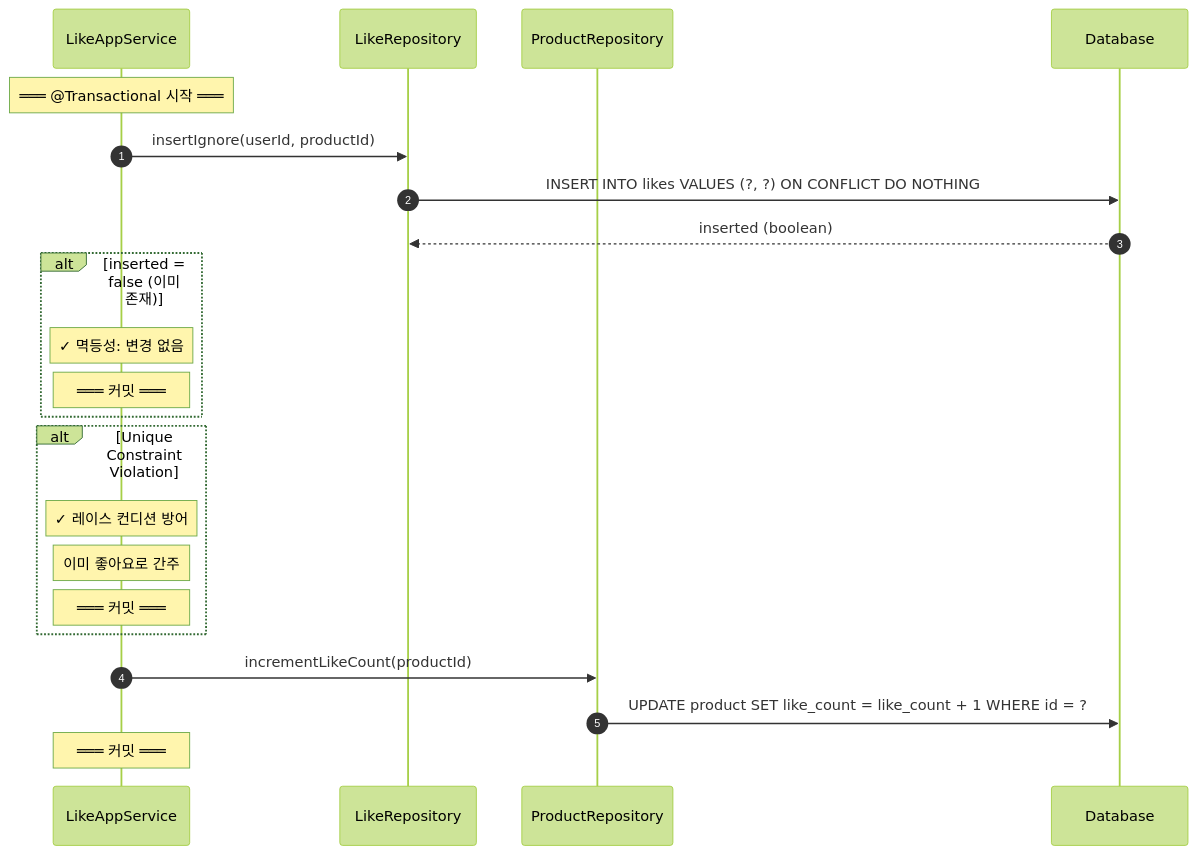
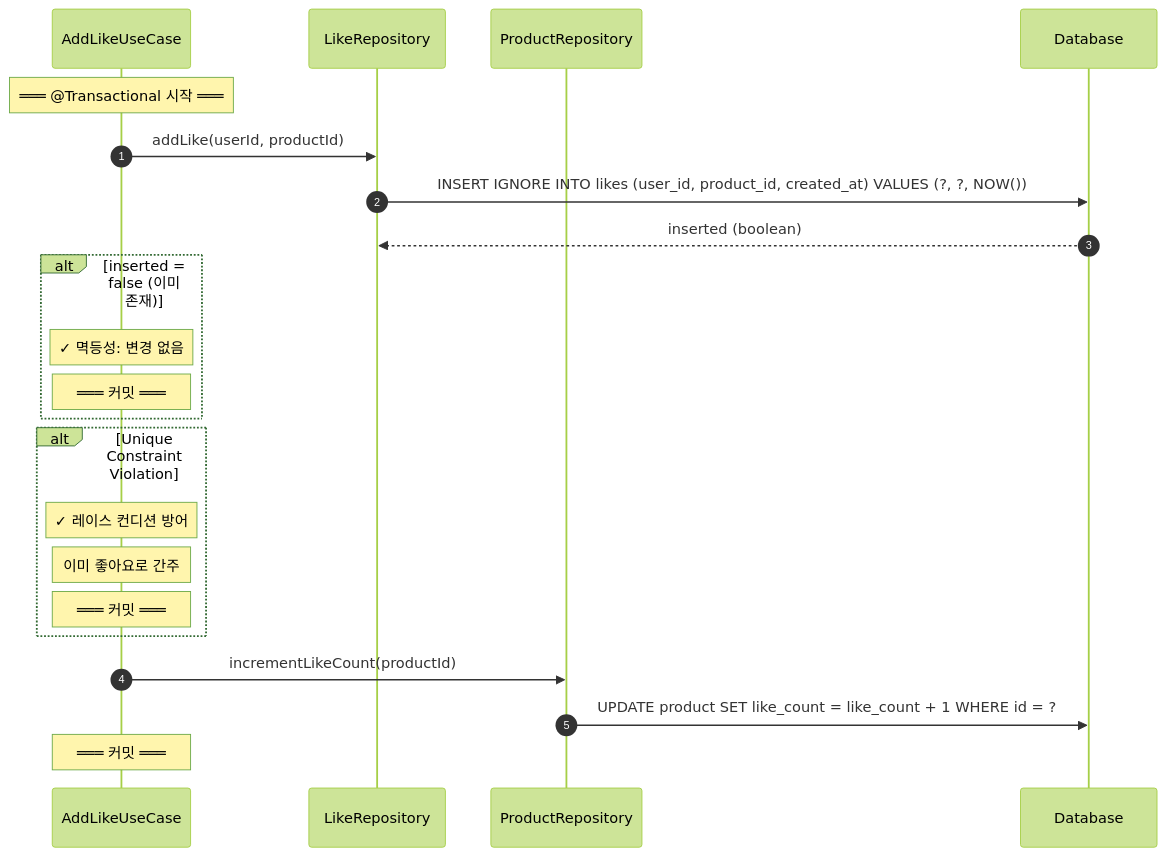
One commit to Loopers-dev-lab/loop-pack-be-l2-vol3-kotlin changed the second of 4 diagrams in docs/design/02-sequence-diagram-tech.md. Above: the diagram before and after it, drawn with Mermaid (forest theme). The commit also changed other lines of this file and 16 other files, not shown here.

````diff
--- a/docs/design/02-sequence-diagram-tech.md
+++ b/docs/design/02-sequence-diagram-tech.md
@@ -140,30 +143,30 @@
 ```mermaid
 sequenceDiagram
     autonumber
-    participant App as LikeAppService
+    participant App as AddLikeUseCase
     participant LikeRepo as LikeRepository
     participant ProdRepo as ProductRepository
     participant DB as Database
 
     Note over App: ═══ @Transactional 시작 ═══
 
-    App->>LikeRepo: insertIgnore(userId, productId)
-    LikeRepo->>DB: INSERT INTO likes VALUES (?, ?) ON CONFLICT DO NOTHING
+    App->>LikeRepo: addLike(userId, productId)
+    LikeRepo->>DB: INSERT IGNORE INTO likes (user_id, product_id, created_at) VALUES (?, ?, NOW())
     DB-->>LikeRepo: inserted (boolean)
 
     alt inserted = false (이미 존재)
         Note over App: ✓ 멱등성: 변경 없음
         Note over App: ═══ 커밋 ═══
     end
 
     alt Unique Constraint Violation
         Note over App: ✓ 레이스 컨디션 방어
         Note over App: 이미 좋아요로 간주
         Note over App: ═══ 커밋 ═══
     end
 
     App->>ProdRepo: incrementLikeCount(productId)
     ProdRepo->>DB: UPDATE product SET like_count = like_count + 1 WHERE id = ?
 
     Note over App: ═══ 커밋 ═══
 ```
````
